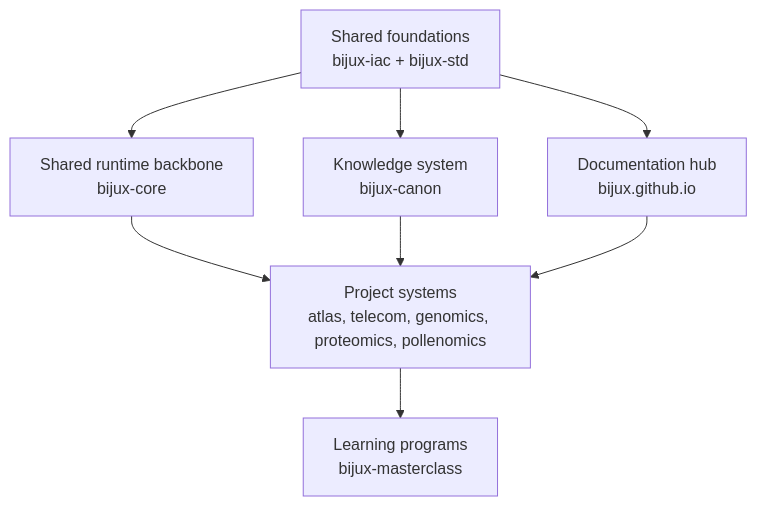
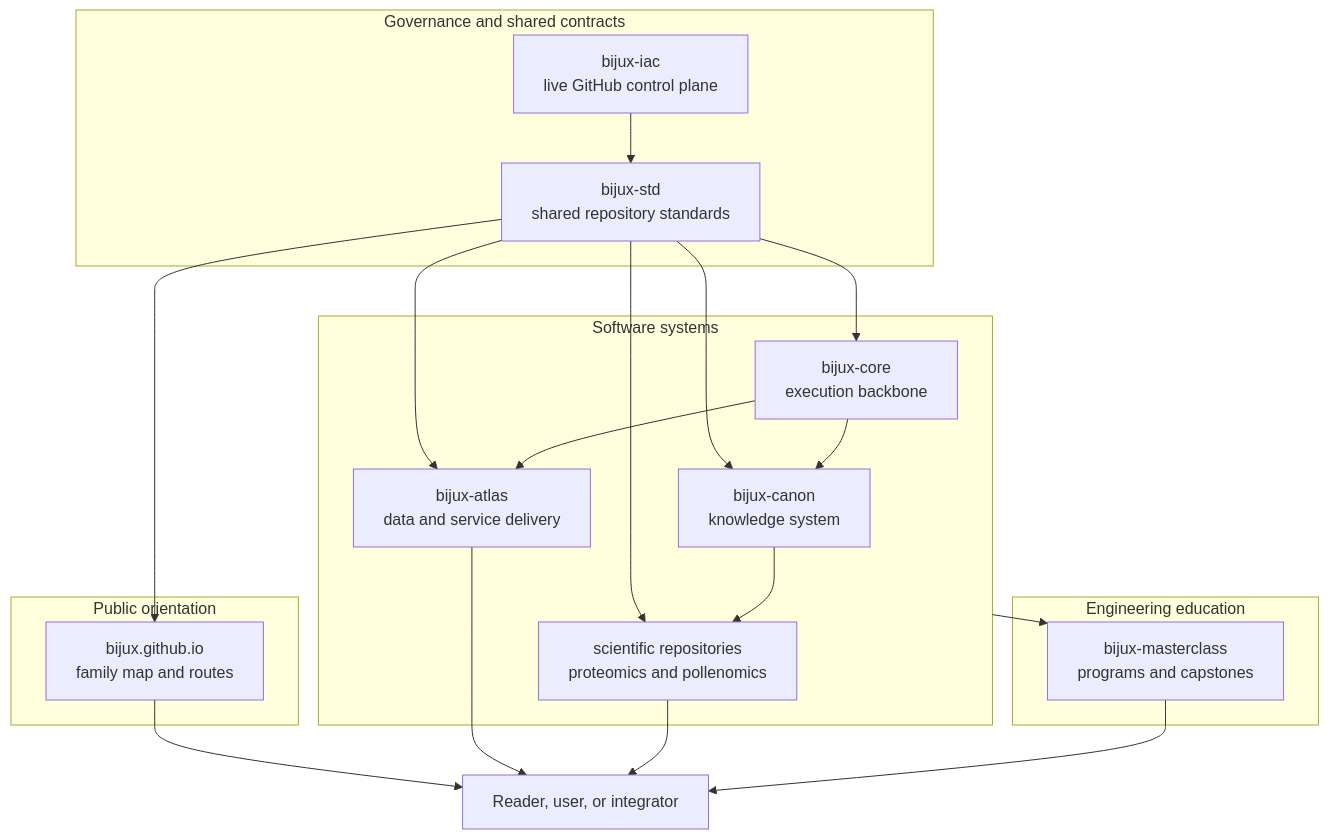
The first of 2 diagrams in docs/index.md (bijux/bijux.github.io), drawn with Mermaid before and after one commit. The commit also changed other lines of this file and 4 other files, not shown here.

Commit message:
docs(hub): map authority and publication integrity

````diff
--- a/docs/index.md
+++ b/docs/index.md
@@ -84,10 +40,39 @@
 ```mermaid
-graph TD
-    foundations["Shared foundations<br/>bijux-iac + bijux-std"] --> hub["Documentation hub<br/>bijux.github.io"]
-    foundations --> core["Shared runtime backbone<br/>bijux-core"]
-    foundations --> canon["Knowledge system<br/>bijux-canon"]
-    core --> projects["Project systems<br/>atlas, telecom, genomics, proteomics, pollenomics"]
-    canon --> projects
-    hub --> projects
-    projects --> learning["Learning programs<br/>bijux-masterclass"]
+flowchart TB
+    reader["Reader, user, or integrator"]
+
+    subgraph foundation["Governance and shared contracts"]
+        iac["bijux-iac<br/>live GitHub control plane"]
+        std["bijux-std<br/>shared repository standards"]
+    end
+
+    subgraph orientation["Public orientation"]
+        hub["bijux.github.io<br/>family map and routes"]
+    end
+
+    subgraph systems["Software systems"]
+        core["bijux-core<br/>execution backbone"]
+        canon["bijux-canon<br/>knowledge system"]
+        atlas["bijux-atlas<br/>data and service delivery"]
+        domains["scientific repositories<br/>proteomics and pollenomics"]
+    end
+
+    subgraph education["Engineering education"]
+        masterclass["bijux-masterclass<br/>programs and capstones"]
+    end
+
+    iac --> std
+    std --> hub
+    std --> core
+    std --> canon
+    std --> atlas
+    std --> domains
+    core --> canon
+    core --> atlas
+    canon --> domains
+    hub --> reader
+    atlas --> reader
+    domains --> reader
+    masterclass --> reader
+    systems --> masterclass
 ```
````
